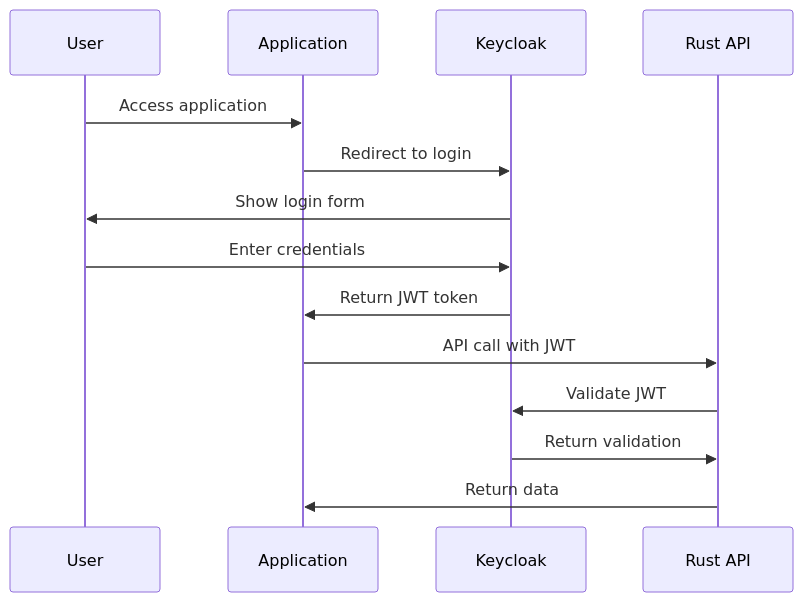
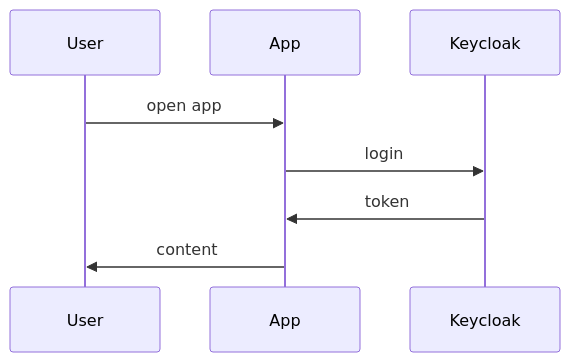
Before and after one commit to Celine-Coralie-Eni/k3s-lab: the second of 2 diagrams in README.md, drawn with Mermaid. The commit also changed other lines of this file and 2 other files, not shown here.

First line of the commit message:
Update ArgoCD app configuration to use internal Gitea URL and modify hello-world deployment for Keycloak integration

````diff
--- a/README.md
+++ b/README.md
@@ -137,17 +86,10 @@
 ```mermaid
 sequenceDiagram
-    participant User as User
-    participant App as Application
-    participant Keycloak as Keycloak
-    participant API as Rust API
-    
-    User->>App: Access application
-    App->>Keycloak: Redirect to login
-    Keycloak->>User: Show login form
-    User->>Keycloak: Enter credentials
-    Keycloak->>App: Return JWT token
-    App->>API: API call with JWT
-    API->>Keycloak: Validate JWT
-    Keycloak->>API: Return validation
-    API->>App: Return data
+  participant User
+  participant App
+  participant IdP as Keycloak
+  User->>App: open app
+  App->>IdP: login
+  IdP->>App: token
+  App->>User: content
 ```
````
